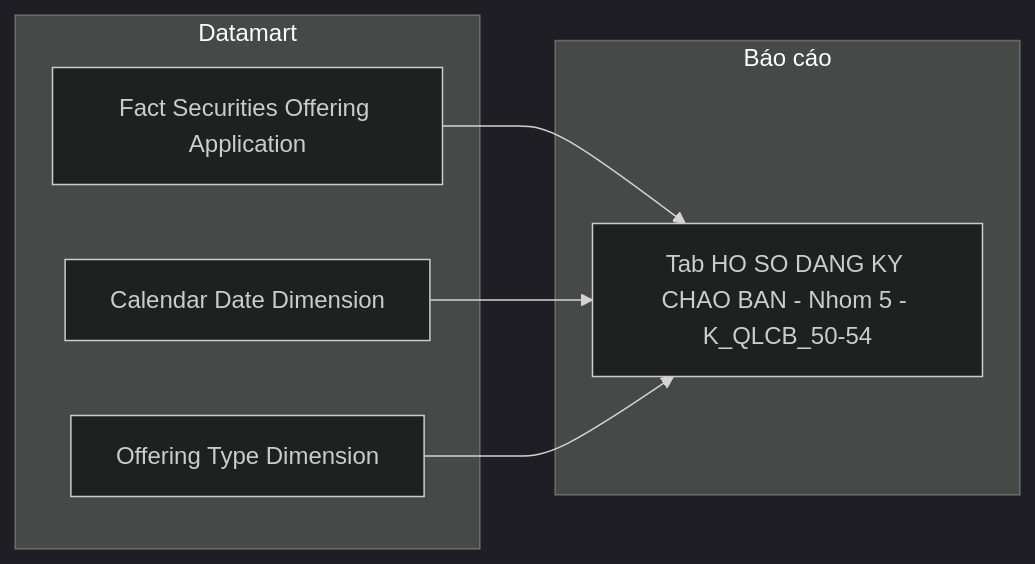
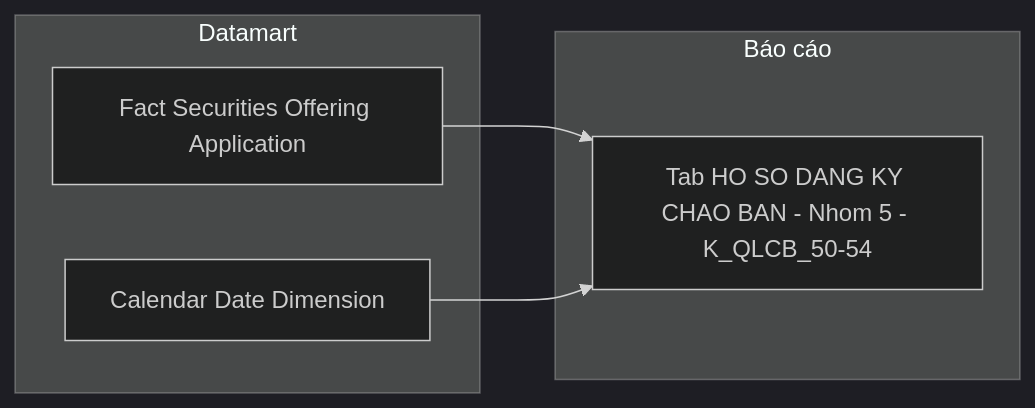
Diagram 13 of 21 in Datamart/hld/DTM_QLCB_HLD.md (linhlvit/ubck_atomic_design), drawn with Mermaid (dark theme) before and after one commit. The commit also changed other lines of this file and 4 other files, not shown here.

````diff
--- a/Datamart/hld/DTM_QLCB_HLD.md
+++ b/Datamart/hld/DTM_QLCB_HLD.md
@@ -609,14 +649,12 @@
 ```mermaid
 flowchart LR
     subgraph Datamart["Datamart"]
         G1["Fact Securities Offering Application"]
         G2["Calendar Date Dimension"]
-        G3["Offering Type Dimension"]
     end
     subgraph RPT["Báo cáo"]
         R5["Tab HO SO DANG KY CHAO BAN - Nhom 5 - K_QLCB_50-54"]
     end
     G1 --> R5
     G2 --> R5
-    G3 --> R5
 ```
````
